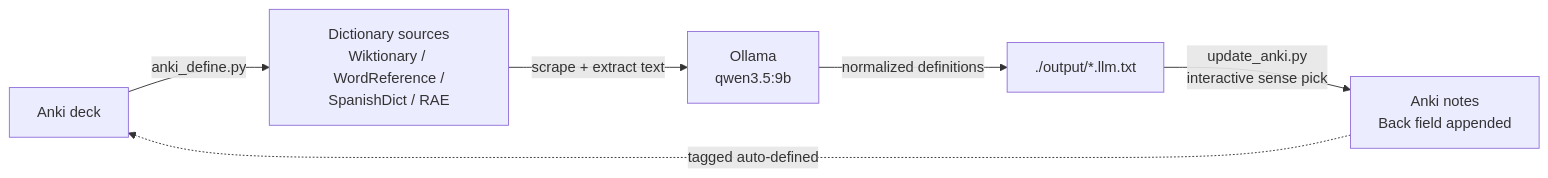
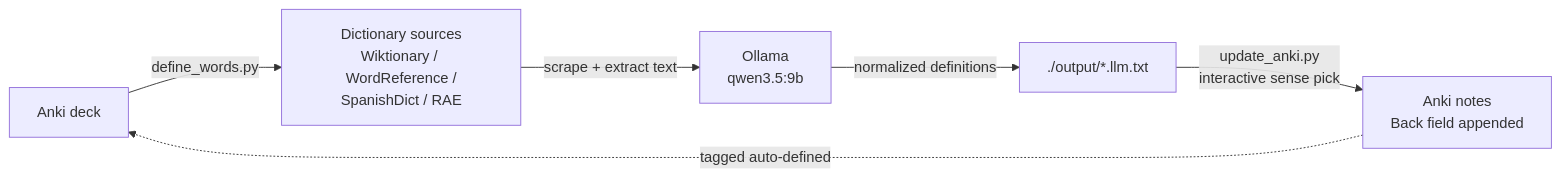
One commit to kylesezhi/anki-vocab changed the diagram in README.md. Above: the diagram before and after it, drawn with Mermaid. The commit also changed other lines of this file and 2 other files, not shown here.

Commit message:
Rename to define_words for clarity

````diff
--- a/README.md
+++ b/README.md
@@ -7,8 +7,8 @@
 ```mermaid
 flowchart LR
-  A[Anki deck] -->|anki_define.py| B[Dictionary sources<br/>Wiktionary / WordReference /<br/>SpanishDict / RAE]
+  A[Anki deck] -->|define_words.py| B[Dictionary sources<br/>Wiktionary / WordReference /<br/>SpanishDict / RAE]
   B -->|scrape + extract text| C[Ollama<br/>qwen3.5:9b]
   C -->|normalized definitions| D[./output/*.llm.txt]
   D -->|update_anki.py<br/>interactive sense pick| E[Anki notes<br/>Back field appended]
   E -.->|tagged auto-defined| A
 ```
````
